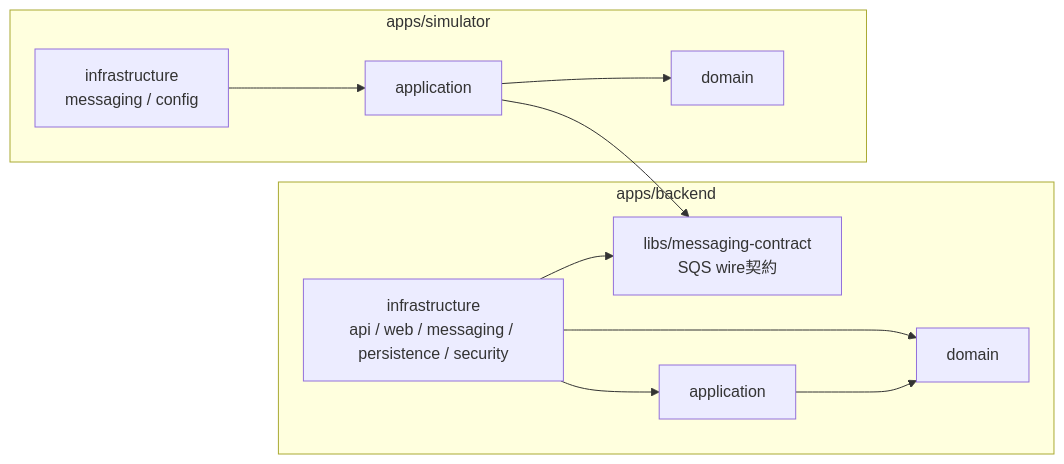
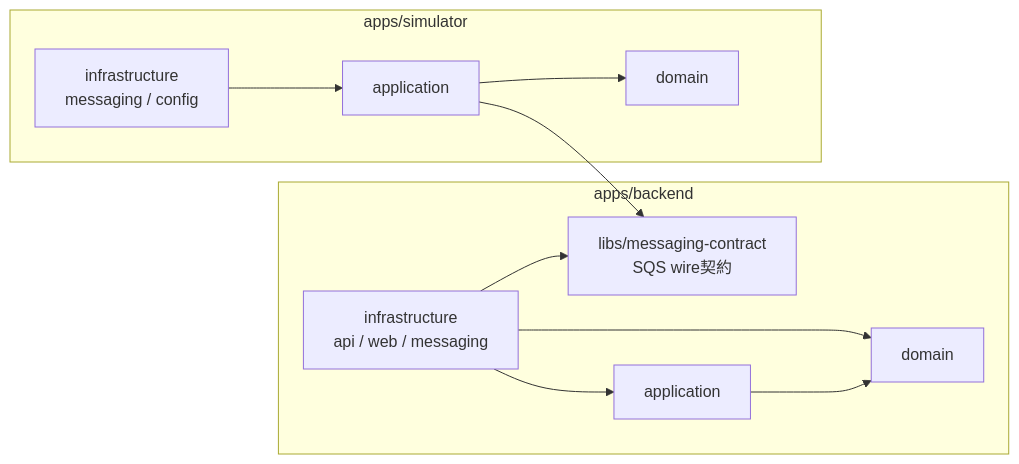
Before and after one commit to midetaro/baseball-orders: the first of 3 diagrams in README.md, drawn with Mermaid. The commit also changed other lines of this file and 63 other files, not shown here.

````diff
--- a/README.md
+++ b/README.md
@@ -85,17 +85,17 @@
 ```mermaid
 flowchart LR
     contract["libs/messaging-contract<br/>SQS wire契約"]
 
     subgraph backend["apps/backend"]
-        bi["infrastructure<br/>api / web / messaging / persistence / security"] --> ba["application"]
+        bi["infrastructure<br/>api / web / messaging"] --> ba["application"]
         bi --> bd["domain"]
         ba --> bd
         bi --> contract
     end
 
     subgraph simulator["apps/simulator"]
         si["infrastructure<br/>messaging / config"] --> sa["application"]
         sa --> sd["domain"]
         sa --> contract
     end
 ```
````
